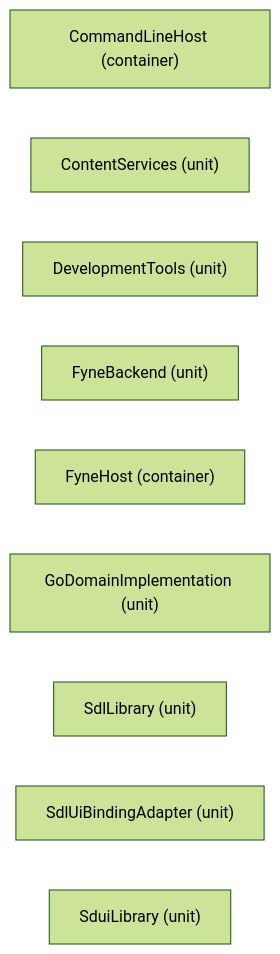
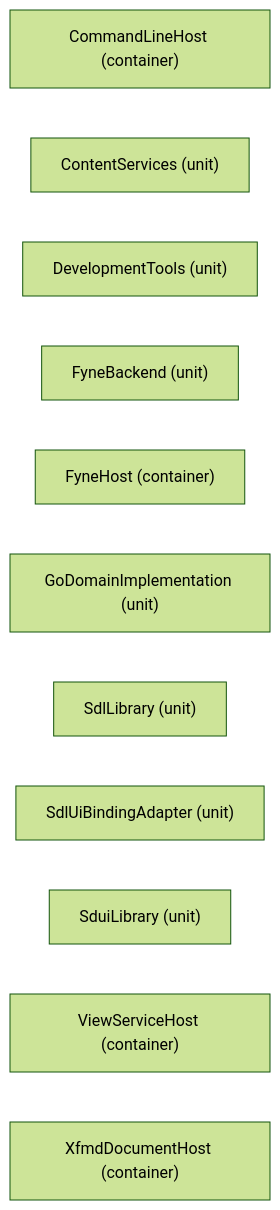
The diagram in SDUI/design/viewpoints/diagrams/VP02-roots.mmd (Hans-Einar/SDP), drawn with Mermaid (forest theme) before and after one commit. The commit also changed 76 other files, not shown here.

```diff
--- a/SDUI/design/viewpoints/diagrams/VP02-roots.mmd
+++ b/SDUI/design/viewpoints/diagrams/VP02-roots.mmd
@@ -1,10 +1,12 @@
 flowchart LR
     n_CommandLineHost["CommandLineHost (container)"]
     n_ContentServices["ContentServices (unit)"]
     n_DevelopmentTools["DevelopmentTools (unit)"]
     n_FyneBackend["FyneBackend (unit)"]
     n_FyneHost["FyneHost (container)"]
     n_GoDomainImplementation["GoDomainImplementation (unit)"]
     n_SdlLibrary["SdlLibrary (unit)"]
     n_SdlUiBindingAdapter["SdlUiBindingAdapter (unit)"]
     n_SduiLibrary["SduiLibrary (unit)"]
+    n_ViewServiceHost["ViewServiceHost (container)"]
+    n_XfmdDocumentHost["XfmdDocumentHost (container)"]
```
